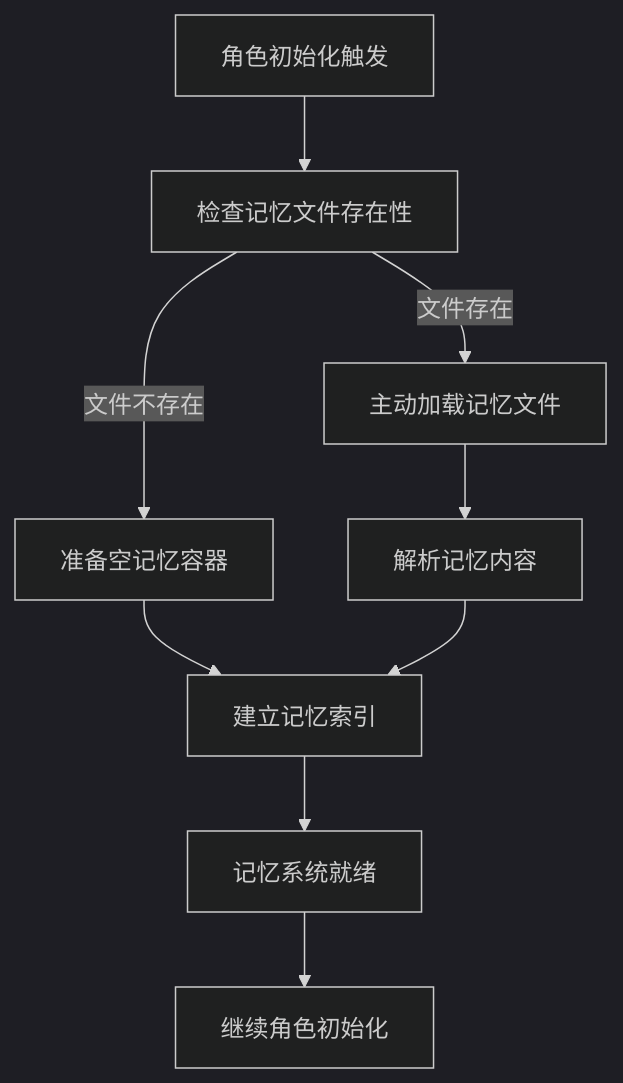
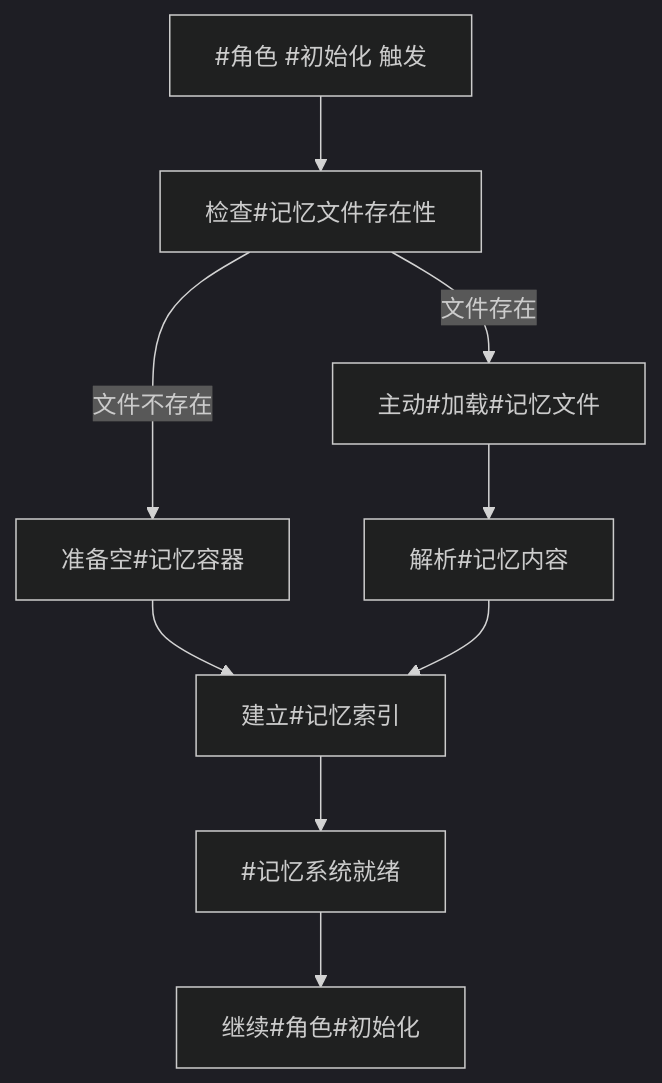
The first of 3 diagrams in core/execution/deal-memory.execution.md (yuyuan-cs/PromptX), drawn with Mermaid (dark theme) before and after one commit. The commit also changed other lines of this file and 4 other files, not shown here.

````diff
--- a/core/execution/deal-memory.execution.md
+++ b/core/execution/deal-memory.execution.md
@@ -7,11 +7,11 @@
     ```mermaid
     flowchart TD
-      Start[角色初始化触发] --> A[检查记忆文件存在性]
-      A -->|文件存在| B[主动加载记忆文件]
-      A -->|文件不存在| C[准备空记忆容器]
-      B --> D[解析记忆内容]
-      C --> E[建立记忆索引]
+      Start[#角色 #初始化 触发] --> A[检查#记忆文件存在性]
+      A -->|文件存在| B[主动#加载#记忆文件]
+      A -->|文件不存在| C[准备空#记忆容器]
+      B --> D[解析#记忆内容]
+      C --> E[建立#记忆索引]
       D --> E
-      E --> F[记忆系统就绪]
-      F --> G[继续角色初始化]
+      E --> F[#记忆系统就绪]
+      F --> G[继续#角色#初始化]
     ```
````
